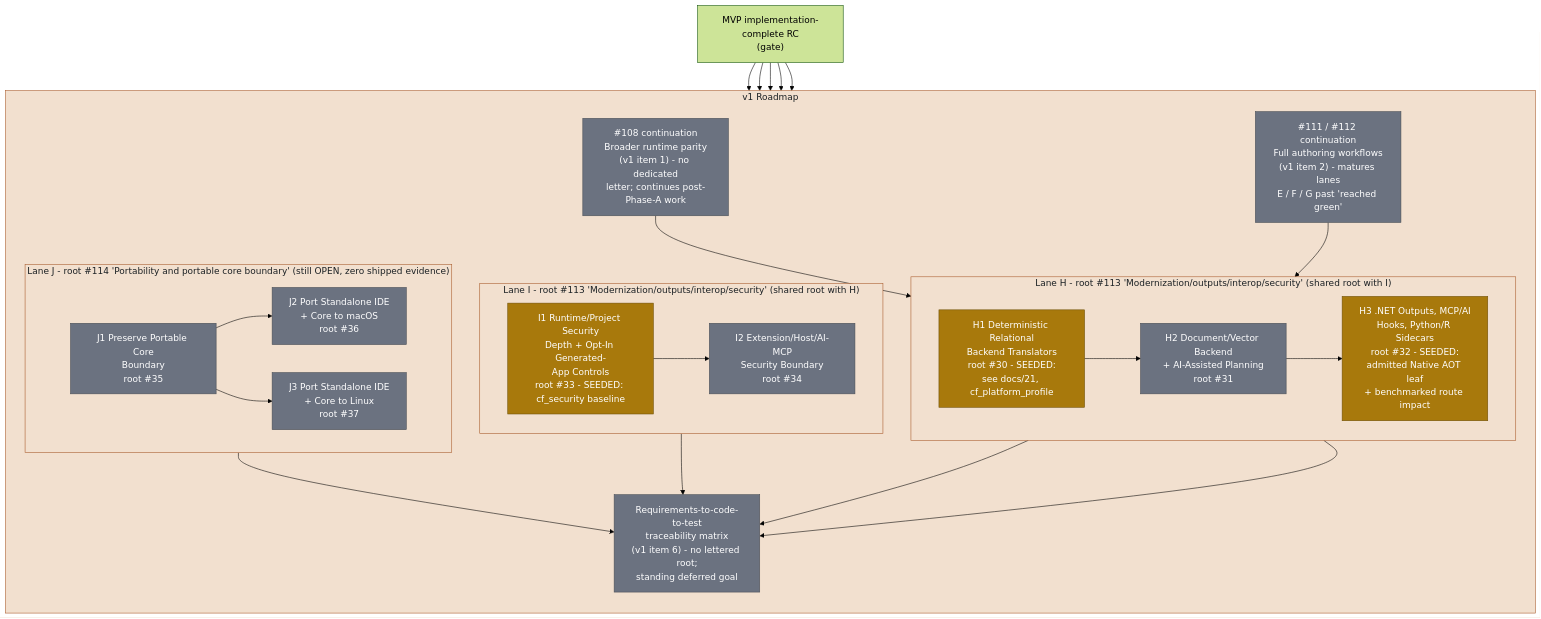
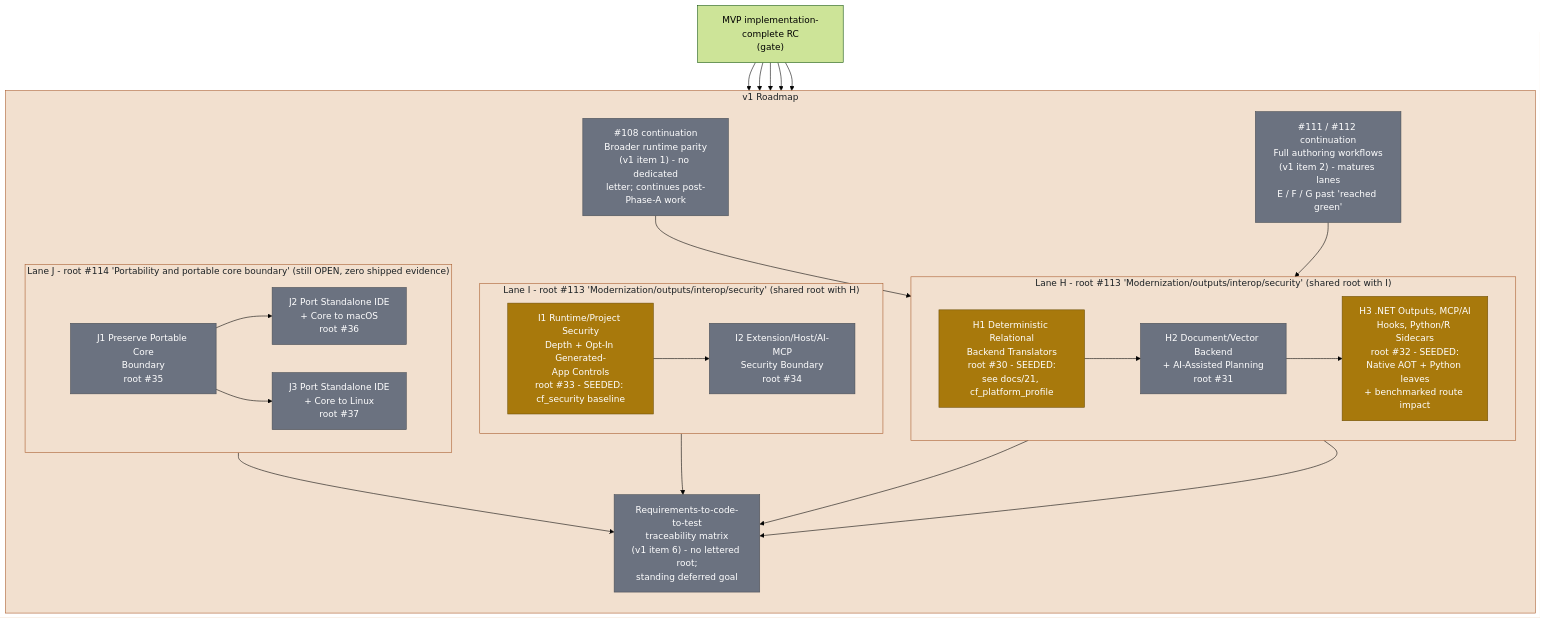
The diagram in docs/diagrams/roadmap-v1-lanes-hij.md (rhamenator/Project-Copperfin), drawn with Mermaid (forest theme) before and after one commit. The commit also changed other lines of this file and 28 other files, not shown here.

Commit message:
Add admitted Python sidecar workflow

````diff
--- a/docs/diagrams/roadmap-v1-lanes-hij.md
+++ b/docs/diagrams/roadmap-v1-lanes-hij.md
@@ -10,60 +10,60 @@
 ```mermaid
 flowchart TB
     classDef partial fill:#a8790c,stroke:#6e4f07,color:#ffffff,stroke-width:1px;
     classDef planned fill:#6b7280,stroke:#484d54,color:#ffffff,stroke-width:1px;
     classDef lane fill:#f2e0cf,stroke:#a85a2a,color:#1b2024,stroke-width:1px;
 
     MVP["MVP implementation-complete RC<br/>(gate)"]
 
     subgraph V1["v1 Roadmap"]
       direction TB
 
       CONT1["#108 continuation<br/>Broader runtime parity<br/>(v1 item 1) - no dedicated<br/>letter; continues post-Phase-A work"]
       CONT2["#111 / #112 continuation<br/>Full authoring workflows<br/>(v1 item 2) - matures lanes<br/>E / F / G past 'reached green'"]
 
       subgraph LANEH["Lane H - root #113 'Modernization/outputs/interop/security' (shared root with I)"]
         direction LR
         H1["H1 Deterministic Relational<br/>Backend Translators<br/>root #30 - SEEDED:<br/>see docs/21, cf_platform_profile"]
         H2["H2 Document/Vector Backend<br/>+ AI-Assisted Planning<br/>root #31"]
-        H3["H3 .NET Outputs, MCP/AI<br/>Hooks, Python/R Sidecars<br/>root #32 - SEEDED:<br/>admitted Native AOT leaf<br/>+ benchmarked route impact"]
+        H3["H3 .NET Outputs, MCP/AI<br/>Hooks, Python/R Sidecars<br/>root #32 - SEEDED:<br/>Native AOT + Python leaves<br/>+ benchmarked route impact"]
         H1 --> H2 --> H3
       end
 
       subgraph LANEI["Lane I - root #113 'Modernization/outputs/interop/security' (shared root with H)"]
         direction LR
         I1["I1 Runtime/Project Security<br/>Depth + Opt-In Generated-<br/>App Controls<br/>root #33 - SEEDED: cf_security baseline"]
         I2["I2 Extension/Host/AI-MCP<br/>Security Boundary<br/>root #34"]
         I1 --> I2
       end
 
       subgraph LANEJ["Lane J - root #114 'Portability and portable core boundary' (still OPEN, zero shipped evidence)"]
         direction LR
         J1["J1 Preserve Portable Core<br/>Boundary<br/>root #35"]
         J2["J2 Port Standalone IDE<br/>+ Core to macOS<br/>root #36"]
         J3["J3 Port Standalone IDE<br/>+ Core to Linux<br/>root #37"]
         J1 --> J2
         J1 --> J3
       end
 
       TRACE["Requirements-to-code-to-test<br/>traceability matrix<br/>(v1 item 6) - no lettered root;<br/>standing deferred goal"]
     end
 
     MVP --> CONT1
     MVP --> CONT2
     MVP --> LANEH
     MVP --> LANEI
     MVP --> LANEJ
     CONT1 --> H1
     CONT2 --> H3
     H1 --> TRACE
     H3 --> TRACE
     I2 --> TRACE
     J1 --> TRACE
 
     class CONT1,CONT2 planned;
     class H1,H3,I1 partial;
     class H2,I2 planned;
     class J1,J2,J3 planned;
     class TRACE planned;
     class V1,LANEH,LANEI,LANEJ lane;
 ```
````
